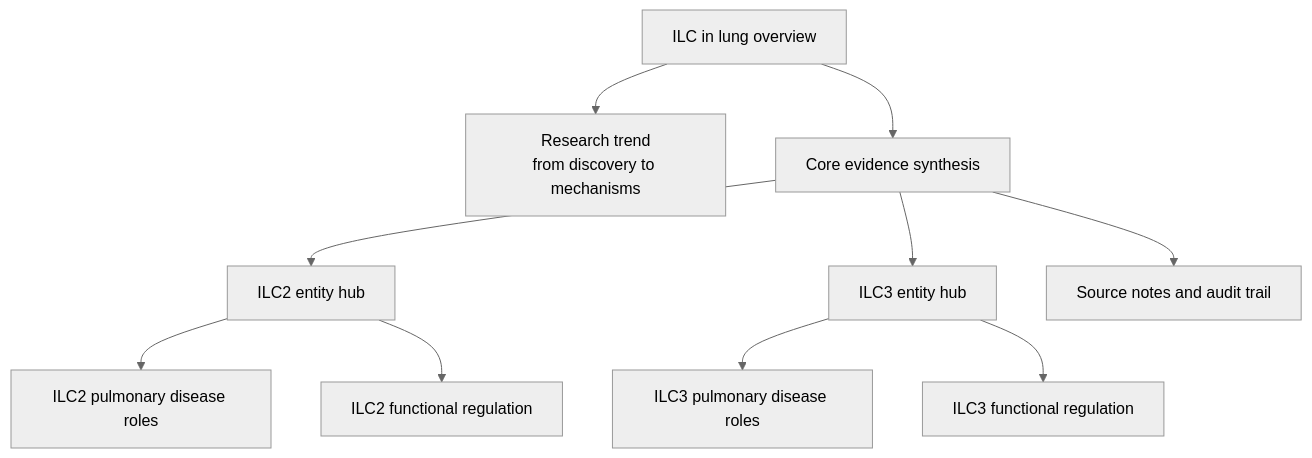
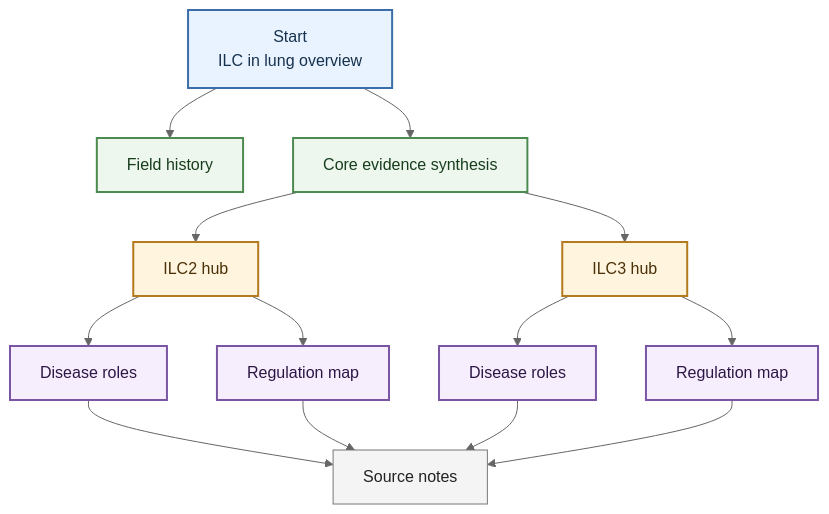
The diagram in wiki/index.md (shao1116/ILC-Wiki), drawn with Mermaid (neutral theme) before and after one commit. The commit also changed 14 other files, not shown here.

````diff
--- a/wiki/index.md
+++ b/wiki/index.md
@@ -25,12 +25,30 @@
 ```mermaid
 flowchart TB
-    home["ILC in lung overview"] --> trend["Research trend<br/>from discovery to mechanisms"]
+    accTitle: Core Knowledge Map
+    accDescr: Homepage map showing how readers should move from field orientation into core synthesis, entity hubs, topic pages, and source traceability.
+
+    home["Start<br/>ILC in lung overview"] --> trend["Field history"]
     home --> core["Core evidence synthesis"]
-    core --> ilc2["ILC2 entity hub"]
-    core --> ilc3["ILC3 entity hub"]
-    ilc2 --> ilc2_disease["ILC2 pulmonary disease roles"]
-    ilc2 --> ilc2_reg["ILC2 functional regulation"]
-    ilc3 --> ilc3_disease["ILC3 pulmonary disease roles"]
-    ilc3 --> ilc3_reg["ILC3 functional regulation"]
-    core --> sources["Source notes and audit trail"]
+    core --> ilc2["ILC2 hub"]
+    core --> ilc3["ILC3 hub"]
+    ilc2 --> ilc2_disease["Disease roles"]
+    ilc2 --> ilc2_reg["Regulation map"]
+    ilc3 --> ilc3_disease["Disease roles"]
+    ilc3 --> ilc3_reg["Regulation map"]
+    ilc2_disease --> sources["Source notes"]
+    ilc2_reg --> sources
+    ilc3_disease --> sources
+    ilc3_reg --> sources
+
+    classDef entry fill:#e8f3ff,stroke:#3b6ea8,stroke-width:2px,color:#17324d
+    classDef synthesis fill:#eef7ed,stroke:#4d8a50,stroke-width:2px,color:#173d1d
+    classDef cell fill:#fff4de,stroke:#b47a1f,stroke-width:2px,color:#4a3108
+    classDef topic fill:#f6eefc,stroke:#7a55a3,stroke-width:2px,color:#2d1645
+    classDef source fill:#f4f4f4,stroke:#777,stroke-width:1px,color:#222
+
+    class home entry
+    class trend,core synthesis
+    class ilc2,ilc3 cell
+    class ilc2_disease,ilc2_reg,ilc3_disease,ilc3_reg topic
+    class sources source
 ```
````
